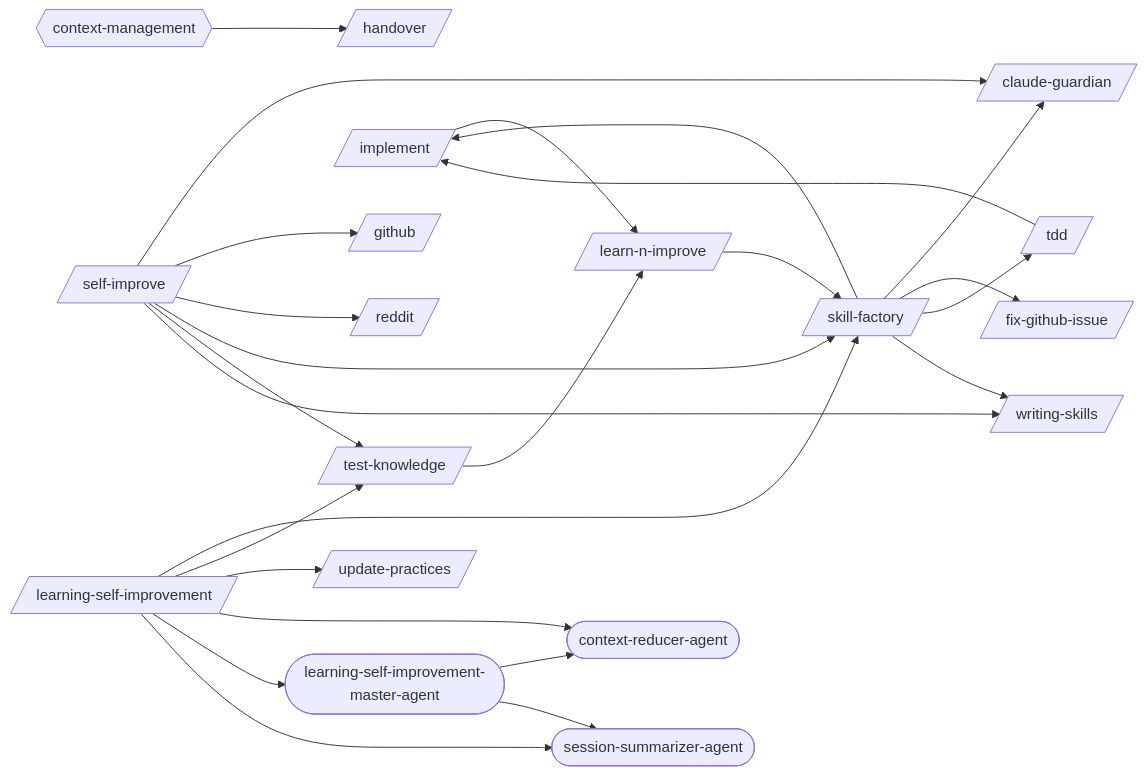
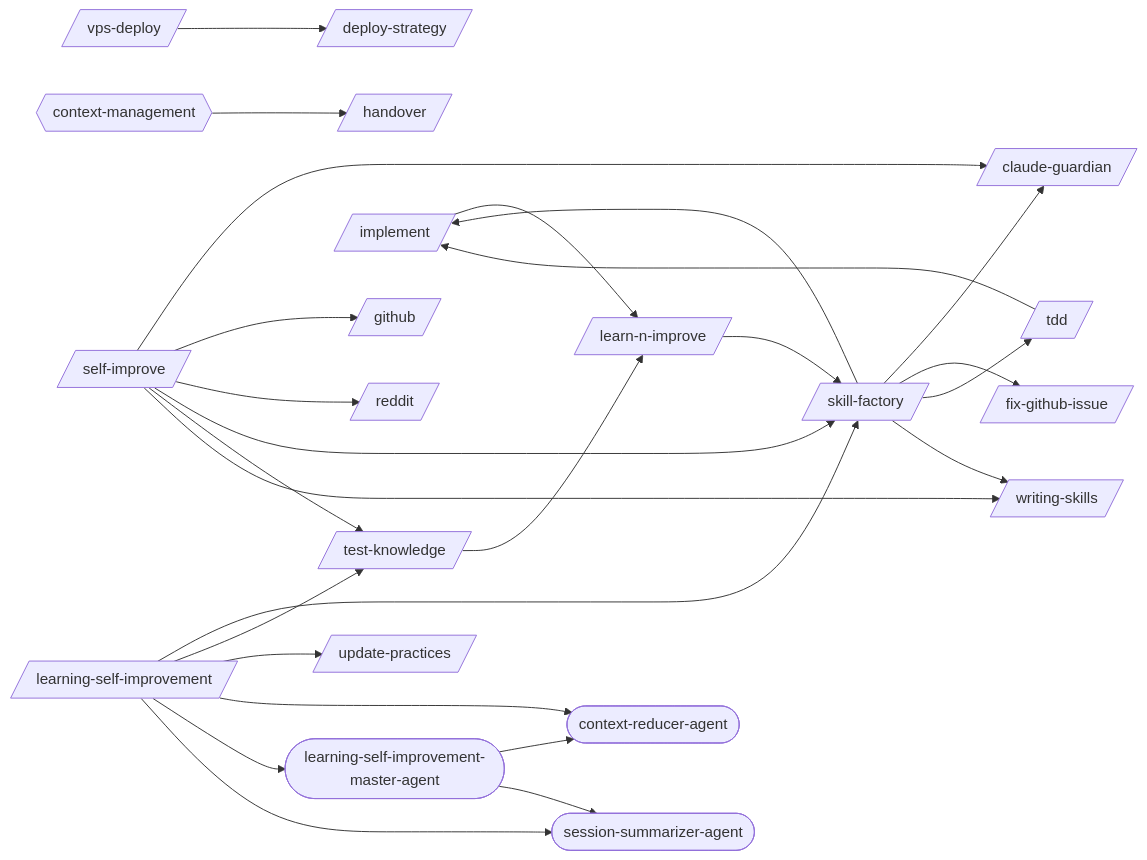
One commit to abhayla/claude-best-practices changed the first of 22 diagrams in docs/workflows/learning-self-improvement.md. Above: the diagram before and after it, drawn with Mermaid. The commit also changed other lines of this file and 22 other files, not shown here.

First line of the commit message:
feat(skills): add vps-deploy — SSH+rsync deploy to a self-managed Linux VPS (Migration 2.3 / readiness Unit 3)

````diff
--- a/docs/workflows/learning-self-improvement.md
+++ b/docs/workflows/learning-self-improvement.md
@@ -9,45 +9,48 @@
 ```mermaid
 graph LR
     claude_guardian[/claude-guardian/]
+    deploy_strategy[/deploy-strategy/]
     fix_github_issue[/fix-github-issue/]
     github[/github/]
     handover[/handover/]
     implement[/implement/]
     learn_n_improve[/learn-n-improve/]
     learning_self_improvement[/learning-self-improvement/]
     reddit[/reddit/]
     self_improve[/self-improve/]
     skill_factory[/skill-factory/]
     tdd[/tdd/]
     test_knowledge[/test-knowledge/]
     update_practices[/update-practices/]
+    vps_deploy[/vps-deploy/]
     writing_skills[/writing-skills/]
     context_reducer_agent([context-reducer-agent])
     learning_self_improvement_master_agent([learning-self-improvement-master-agent])
     session_summarizer_agent([session-summarizer-agent])
     context_management{{context-management}}
     implement --> learn_n_improve
     learn_n_improve --> skill_factory
     learning_self_improvement --> skill_factory
     learning_self_improvement --> test_knowledge
     learning_self_improvement --> update_practices
     learning_self_improvement --> context_reducer_agent
     learning_self_improvement --> learning_self_improvement_master_agent
     learning_self_improvement --> session_summarizer_agent
     skill_factory --> claude_guardian
     skill_factory --> fix_github_issue
     skill_factory --> implement
     skill_factory --> tdd
     skill_factory --> writing_skills
     tdd --> implement
     test_knowledge --> learn_n_improve
+    vps_deploy --> deploy_strategy
     self_improve --> claude_guardian
     self_improve --> github
     self_improve --> reddit
     self_improve --> skill_factory
     self_improve --> test_knowledge
     self_improve --> writing_skills
     learning_self_improvement_master_agent --> context_reducer_agent
     learning_self_improvement_master_agent --> session_summarizer_agent
     context_management --> handover
 ```
````
